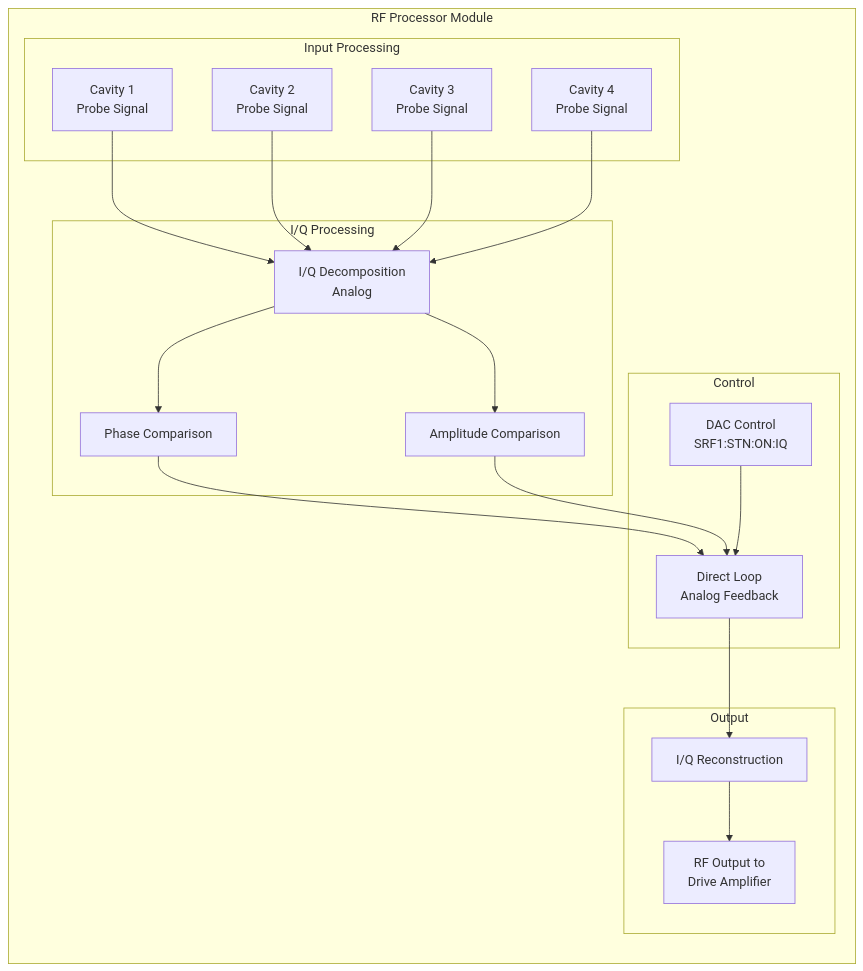
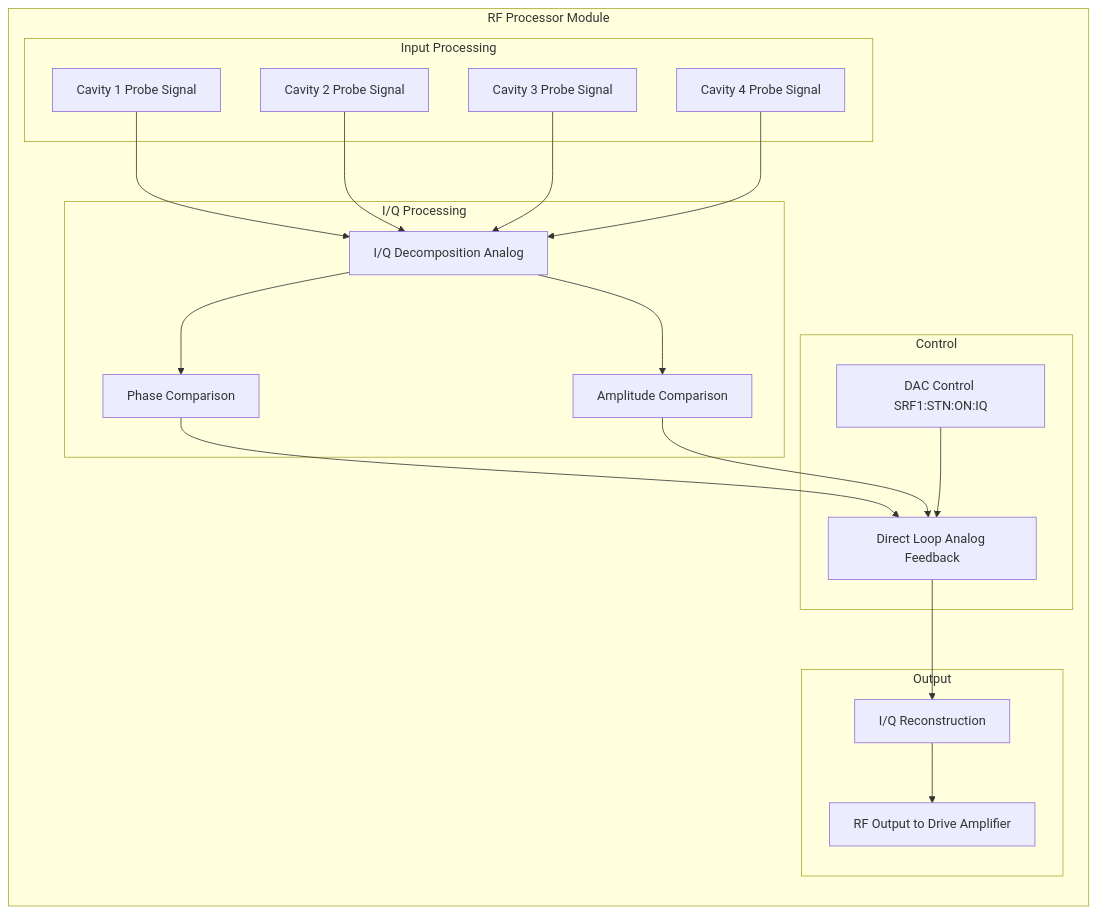
The eighth of 18 diagrams in SPEAR3_LLRF_COMPREHENSIVE_ANALYSIS.md (fayaw/spearlegacyLLRF), drawn with Mermaid before and after one commit. The commit also changed other lines of this file, not shown here.

First line of the commit message:
Fix Mermaid diagram syntax errors

````diff
--- a/SPEAR3_LLRF_COMPREHENSIVE_ANALYSIS.md
+++ b/SPEAR3_LLRF_COMPREHENSIVE_ANALYSIS.md
@@ -374,42 +374,42 @@
 ```mermaid
 graph LR
-    subgraph "RF Processor Module"
-        subgraph "Input Processing"
-            Cav1_In[Cavity 1<br/>Probe Signal]
-            Cav2_In[Cavity 2<br/>Probe Signal]
-            Cav3_In[Cavity 3<br/>Probe Signal]
-            Cav4_In[Cavity 4<br/>Probe Signal]
-        end
-        
-        subgraph "I/Q Processing"
-            IQ_Decomp[I/Q Decomposition<br/>Analog]
-            Phase_Comp[Phase Comparison]
-            Amp_Comp[Amplitude Comparison]
-        end
-        
-        subgraph "Control"
-            Direct_Loop[Direct Loop<br/>Analog Feedback]
-            DAC_Control[DAC Control<br/>SRF1:STN:ON:IQ]
-        end
-        
-        subgraph "Output"
-            IQ_Recon[I/Q Reconstruction]
-            RF_Out[RF Output to<br/>Drive Amplifier]
-        end
-    end
-    
-    Cav1_In --> IQ_Decomp
-    Cav2_In --> IQ_Decomp
-    Cav3_In --> IQ_Decomp
-    Cav4_In --> IQ_Decomp
-    
-    IQ_Decomp --> Phase_Comp
-    IQ_Decomp --> Amp_Comp
-    
-    Phase_Comp --> Direct_Loop
-    Amp_Comp --> Direct_Loop
-    DAC_Control --> Direct_Loop
-    
-    Direct_Loop --> IQ_Recon
-    IQ_Recon --> RF_Out
+ subgraph "RF Processor Module"
+ subgraph "Input Processing"
+ Cav1_In[Cavity 1 Probe Signal]
+ Cav2_In[Cavity 2 Probe Signal]
+ Cav3_In[Cavity 3 Probe Signal]
+ Cav4_In[Cavity 4 Probe Signal]
+ end
+ 
+ subgraph "I/Q Processing"
+ IQ_Decomp[I/Q Decomposition Analog]
+ Phase_Comp[Phase Comparison]
+ Amp_Comp[Amplitude Comparison]
+ end
+ 
+ subgraph "Control"
+ Direct_Loop[Direct Loop Analog Feedback]
+ DAC_Control[DAC Control SRF1:STN:ON:IQ]
+ end
+ 
+ subgraph "Output"
+ IQ_Recon[I/Q Reconstruction]
+ RF_Out[RF Output to Drive Amplifier]
+ end
+ end
+ 
+ Cav1_In --> IQ_Decomp
+ Cav2_In --> IQ_Decomp
+ Cav3_In --> IQ_Decomp
+ Cav4_In --> IQ_Decomp
+ 
+ IQ_Decomp --> Phase_Comp
+ IQ_Decomp --> Amp_Comp
+ 
+ Phase_Comp --> Direct_Loop
+ Amp_Comp --> Direct_Loop
+ DAC_Control --> Direct_Loop
+ 
+ Direct_Loop --> IQ_Recon
+ IQ_Recon --> RF_Out
 ```
````
